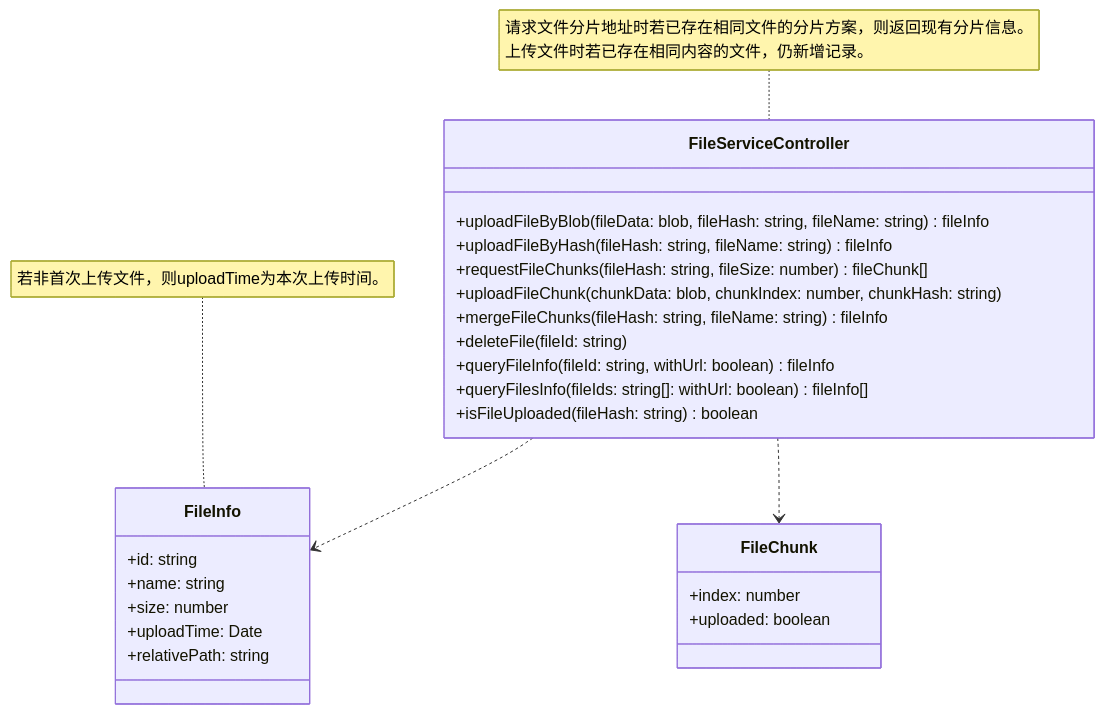
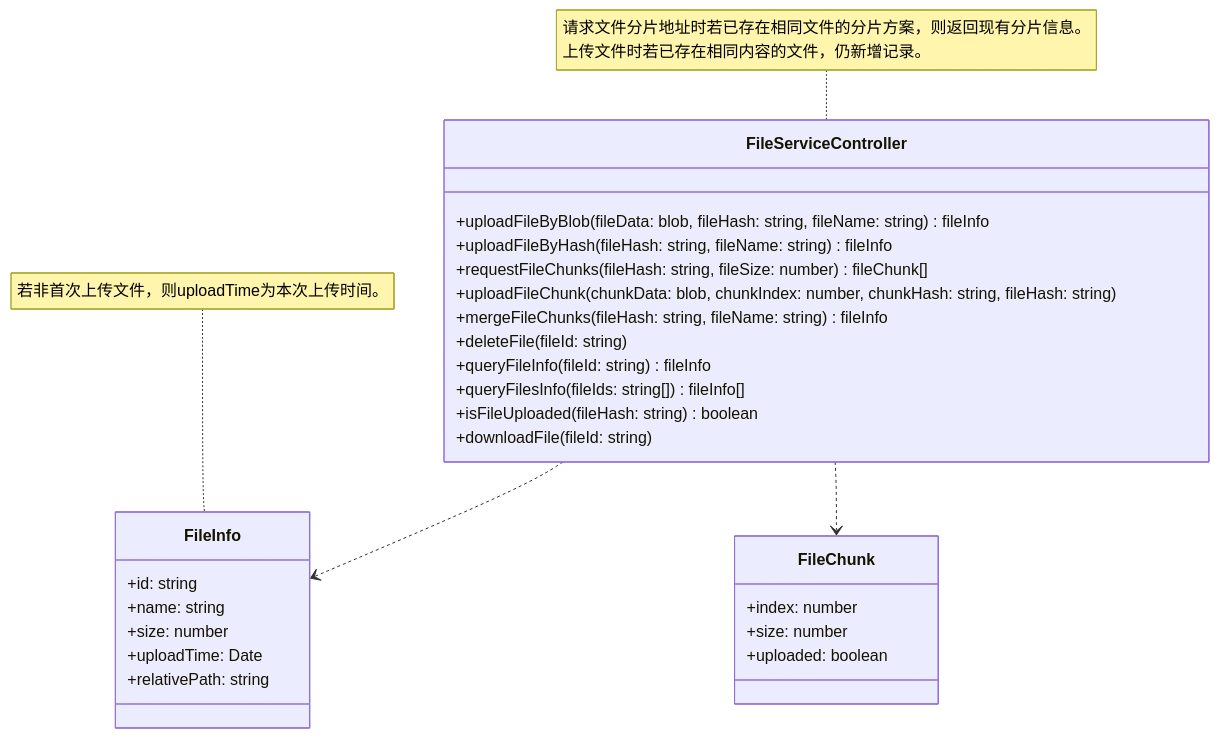
Before and after one commit to niuiic/file-service: the second of 11 diagrams in README.md, drawn with Mermaid. The commit also changed 4 other files, not shown here.

````diff
--- a/README.md
+++ b/README.md
@@ -67,34 +67,36 @@
 ```mermaid
 classDiagram
     note for FileServiceController "请求文件分片地址时若已存在相同文件的分片方案，则返回现有分片信息。<br>上传文件时若已存在相同内容的文件，仍新增记录。"
     FileServiceController ..> FileInfo
     FileServiceController ..> FileChunk
     class FileServiceController {
         %% create
         +uploadFileByBlob(fileData: blob, fileHash: string, fileName: string) fileInfo
         +uploadFileByHash(fileHash: string, fileName: string) fileInfo
         +requestFileChunks(fileHash: string, fileSize: number) fileChunk[]
-        +uploadFileChunk(chunkData: blob, chunkIndex: number, chunkHash: string)
+        +uploadFileChunk(chunkData: blob, chunkIndex: number, chunkHash: string, fileHash: string)
         +mergeFileChunks(fileHash: string, fileName: string) fileInfo
         %% delete
         +deleteFile(fileId: string)
         %% query
-        +queryFileInfo(fileId: string, withUrl: boolean) fileInfo
-        +queryFilesInfo(fileIds: string[]: withUrl: boolean) fileInfo[]
+        +queryFileInfo(fileId: string) fileInfo
+        +queryFilesInfo(fileIds: string[]) fileInfo[]
         +isFileUploaded(fileHash: string) boolean
+        +downloadFile(fileId: string)
     }
 
     note for FileInfo "若非首次上传文件，则uploadTime为本次上传时间。"
     class FileInfo {
         +id: string
         +name: string
         +size: number
         +uploadTime: Date
         +relativePath: string
     }
 
     class FileChunk {
         +index: number
+        +size: number
         +uploaded: boolean
     }
 ```
````
